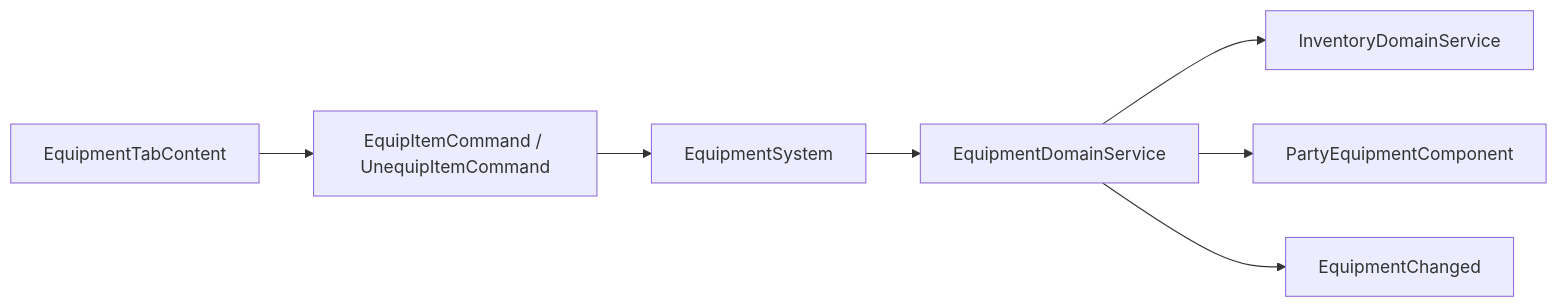
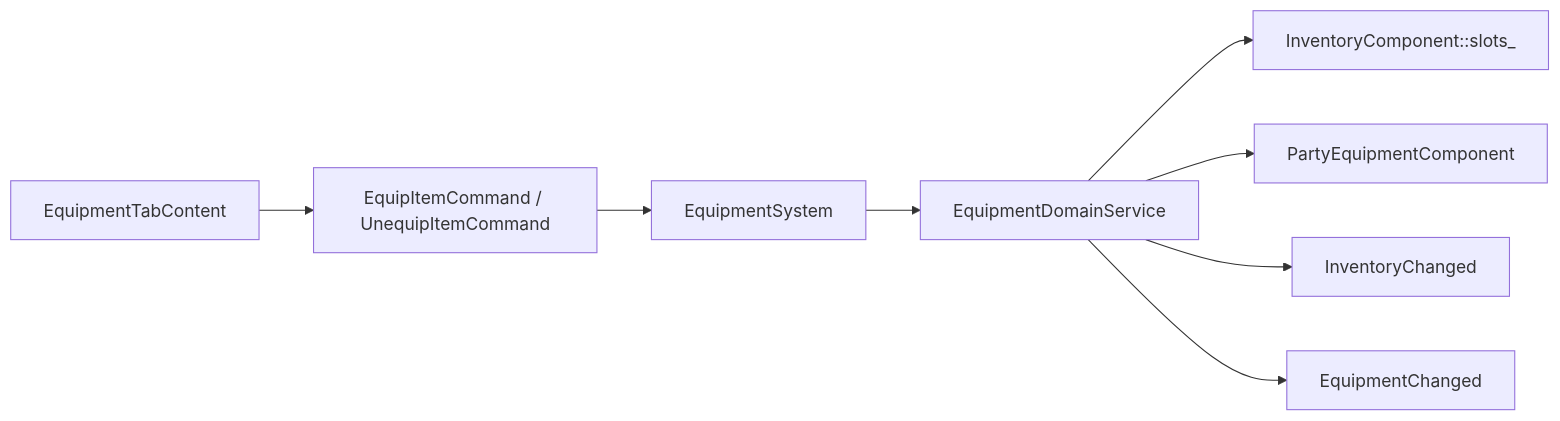
One commit to WispSnow/TinyFarmRPG changed the second of 4 diagrams in docs/gameplay/party-equipment-rest-recruitment.md. Above: the diagram before and after it, drawn with Mermaid. The commit also changed other lines of this file and 13 other files, not shown here.

````diff
--- a/docs/gameplay/party-equipment-rest-recruitment.md
+++ b/docs/gameplay/party-equipment-rest-recruitment.md
@@ -43,9 +43,10 @@
 ```mermaid
 flowchart LR
     UI["EquipmentTabContent"] --> Cmd["EquipItemCommand / UnequipItemCommand"]
     Cmd --> System["EquipmentSystem"]
     System --> Domain["EquipmentDomainService"]
-    Domain --> Inv["InventoryDomainService"]
+    Domain --> Slots["InventoryComponent::slots_"]
     Domain --> Equip["PartyEquipmentComponent"]
-    Domain --> Event["EquipmentChanged"]
+    Domain --> InvEvent["InventoryChanged"]
+    Domain --> EquipEvent["EquipmentChanged"]
 ```
````
